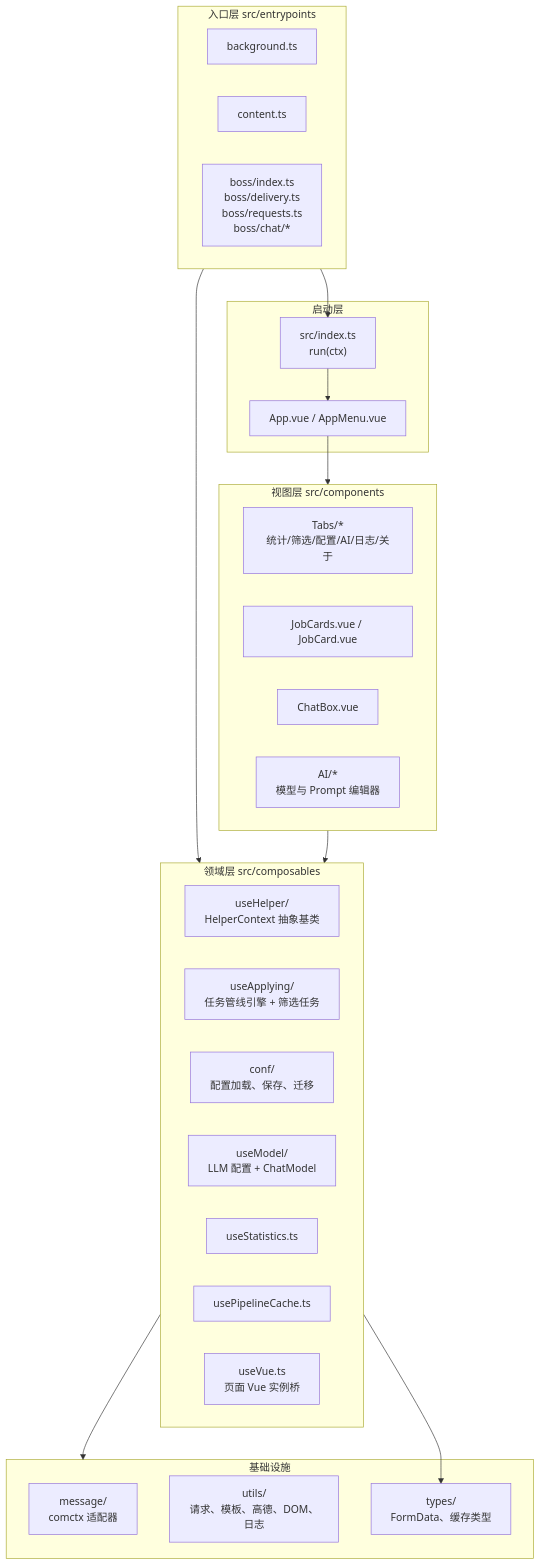
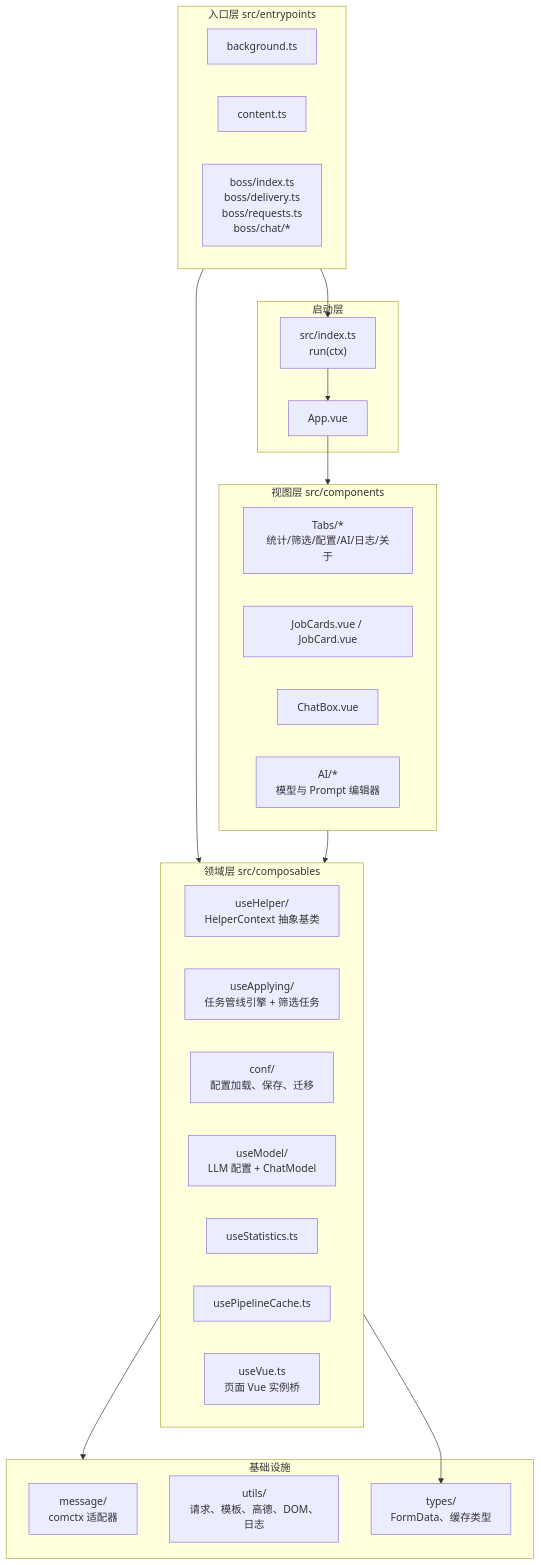
Before and after one commit to hollyxun/boss-helper: the second of 4 diagrams in docs/02-系统架构.md, drawn with Mermaid. The commit also changed other lines of this file and 157 other files, not shown here.

````diff
--- a/docs/02-系统架构.md
+++ b/docs/02-系统架构.md
@@ -27,44 +27,44 @@
 ```mermaid
 flowchart TB
   subgraph Entry["入口层 src/entrypoints"]
     BG["background.ts"]
     CS["content.ts"]
     BOSS["boss/index.ts\nboss/delivery.ts\nboss/requests.ts\nboss/chat/*"]
   end
 
   subgraph Bootstrap["启动层"]
     RUN["src/index.ts\nrun(ctx)"]
-    APP["App.vue / AppMenu.vue"]
+    APP["App.vue"]
   end
 
   subgraph Domain["领域层 src/composables"]
     HELPER["useHelper/\nHelperContext 抽象基类"]
     APPLY["useApplying/\n任务管线引擎 + 筛选任务"]
     CONF["conf/\n配置加载、保存、迁移"]
     MODEL["useModel/\nLLM 配置 + ChatModel"]
     STAT["useStatistics.ts"]
     CACHE["usePipelineCache.ts"]
     VUEHOOK["useVue.ts\n页面 Vue 实例桥"]
   end
 
   subgraph View["视图层 src/components"]
     TABS["Tabs/*\n统计/筛选/配置/AI/日志/关于"]
     CARDS["JobCards.vue / JobCard.vue"]
     CHAT["ChatBox.vue"]
     AIUI["AI/*\n模型与 Prompt 编辑器"]
   end
 
   subgraph Infra["基础设施"]
     MSG["message/\ncomctx 适配器"]
     UTILS["utils/\n请求、模板、高德、DOM、日志"]
     TYPES["types/\nFormData、缓存类型"]
   end
 
   Entry --> Domain
   Entry --> RUN
   RUN --> APP
   APP --> View
   View --> Domain
   Domain --> Infra
   Domain --> TYPES
 ```
````
